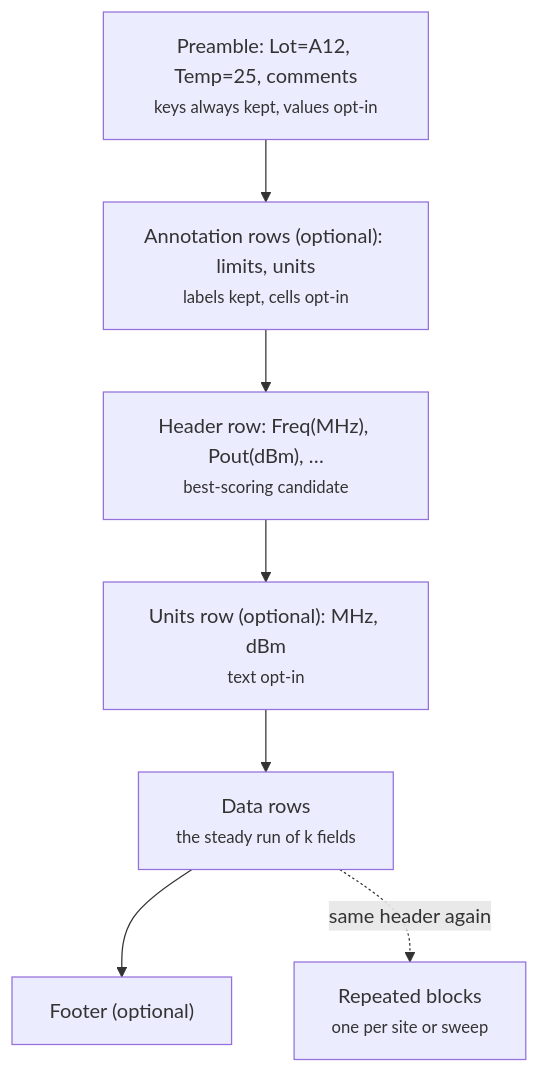
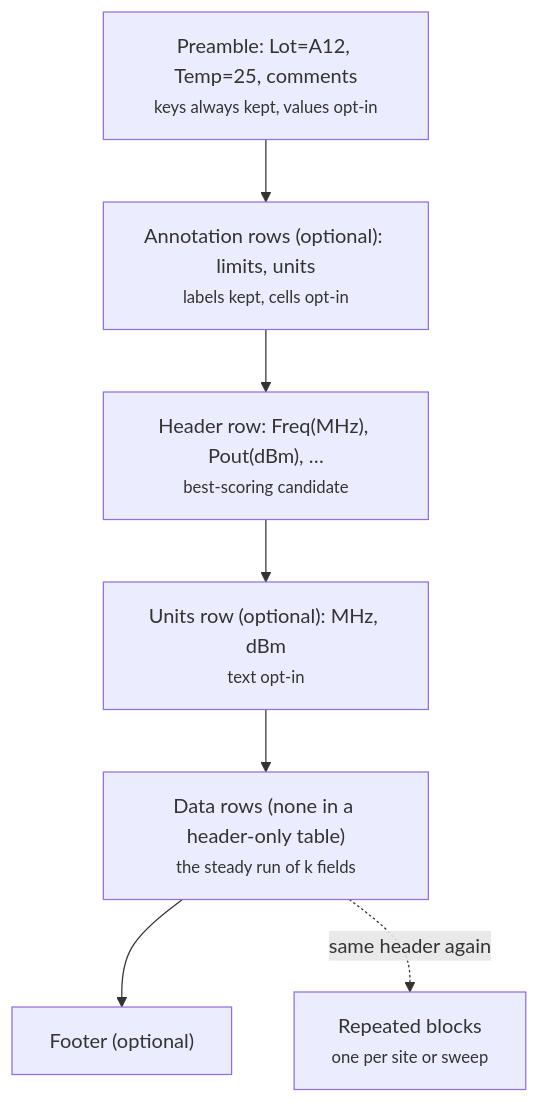
One commit to squalor-xyz/squalify changed the ninth of 27 diagrams in docs/how-it-works.md. Above: the diagram before and after it, drawn with Mermaid. The commit also changed other lines of this file and 31 other files, not shown here.

````diff
--- a/docs/how-it-works.md
+++ b/docs/how-it-works.md
@@ -101,9 +130,9 @@
 ```mermaid
 flowchart TD
     R1["Preamble: Lot=A12, Temp=25, comments<br/><small>keys always kept, values opt-in</small>"] --> RA["Annotation rows (optional): limits, units<br/><small>labels kept, cells opt-in</small>"]
     RA --> R2["Header row: Freq(MHz), Pout(dBm), …<br/><small>best-scoring candidate</small>"]
     R2 --> R3["Units row (optional): MHz, dBm<br/><small>text opt-in</small>"]
-    R3 --> R4["Data rows<br/><small>the steady run of k fields</small>"]
+    R3 --> R4["Data rows (none in a header-only table)<br/><small>the steady run of k fields</small>"]
     R4 --> R5["Footer (optional)"]
     R4 -. "same header again" .-> R6["Repeated blocks<br/><small>one per site or sweep</small>"]
 ```
````
